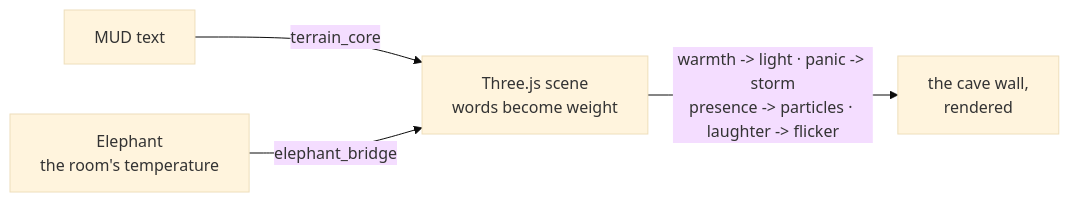
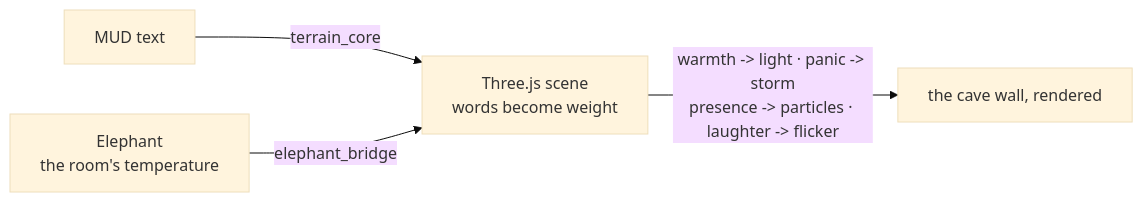
Before and after one commit to SuperInstance/terrain: the diagram in README.md, drawn with Mermaid (base theme). The commit also changed other lines of this file, not shown here.

````diff
--- a/README.md
+++ b/README.md
@@ -117,7 +193,6 @@
 ```mermaid
 graph LR
     M[MUD text] -->|terrain_core| SCENE[Three.js scene<br/>words become weight]
     E[Elephant<br/>the room's temperature] -->|elephant_bridge| SCENE
-    SCENE -->|"warmth -> light · panic -> storm<br/>presence -> particles · laughter -> flicker"| HUMANS[the cave wall,
-rendered]
+    SCENE -->|"warmth -> light · panic -> storm<br/>presence -> particles · laughter -> flicker"| HUMANS[the cave wall, rendered]
 ```
````
